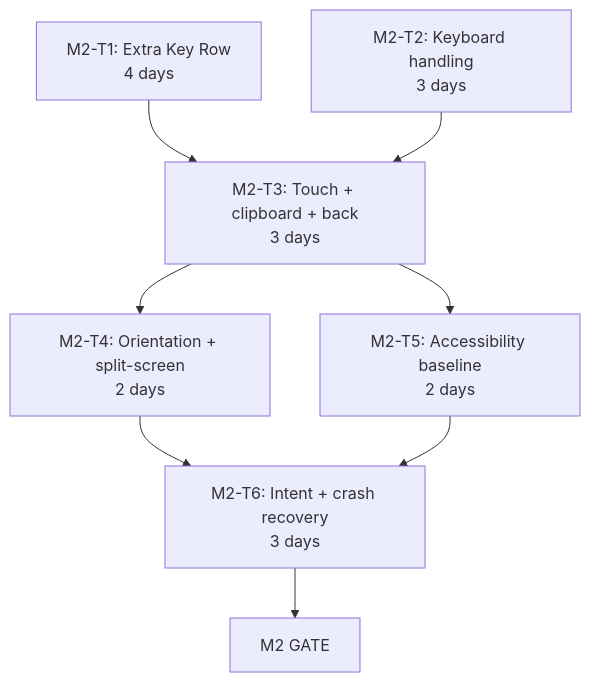
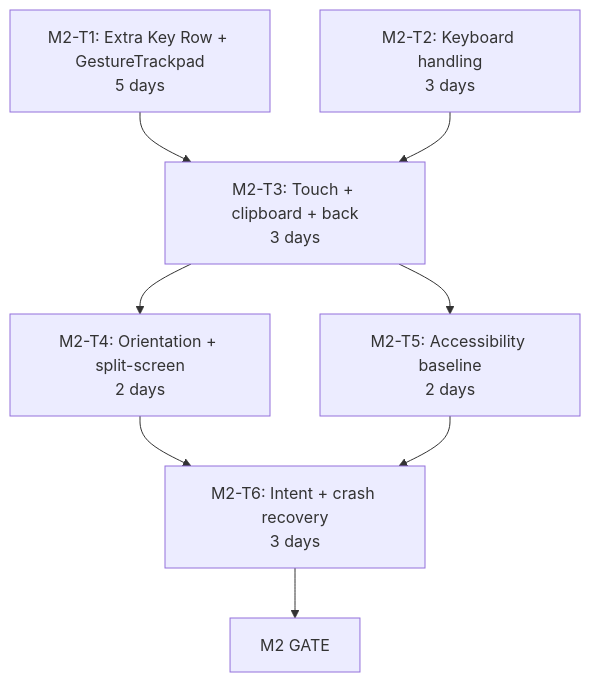
One commit to rmyndharis/VSCodroid changed the fifth of 9 diagrams in docs/12-IMPLEMENTATION_PLAN.md. Above: the diagram before and after it, drawn with Mermaid. The commit also changed other lines of this file, not shown here.

````diff
--- a/docs/12-IMPLEMENTATION_PLAN.md
+++ b/docs/12-IMPLEMENTATION_PLAN.md
@@ -1007,10 +1029,10 @@
 ```mermaid
 flowchart TD
-  M2T1["M2-T1: Extra Key Row<br/>4 days"] --> M2T3["M2-T3: Touch + clipboard + back<br/>3 days"]
+  M2T1["M2-T1: Extra Key Row + GestureTrackpad<br/>5 days"] --> M2T3["M2-T3: Touch + clipboard + back<br/>3 days"]
   M2T2["M2-T2: Keyboard handling<br/>3 days"] --> M2T3
   M2T3 --> M2T4["M2-T4: Orientation + split-screen<br/>2 days"]
   M2T3 --> M2T5["M2-T5: Accessibility baseline<br/>2 days"]
   M2T4 --> M2T6["M2-T6: Intent + crash recovery<br/>3 days"]
   M2T5 --> M2T6
   M2T6 --> M2GATE["M2 GATE"]
 ```
````
